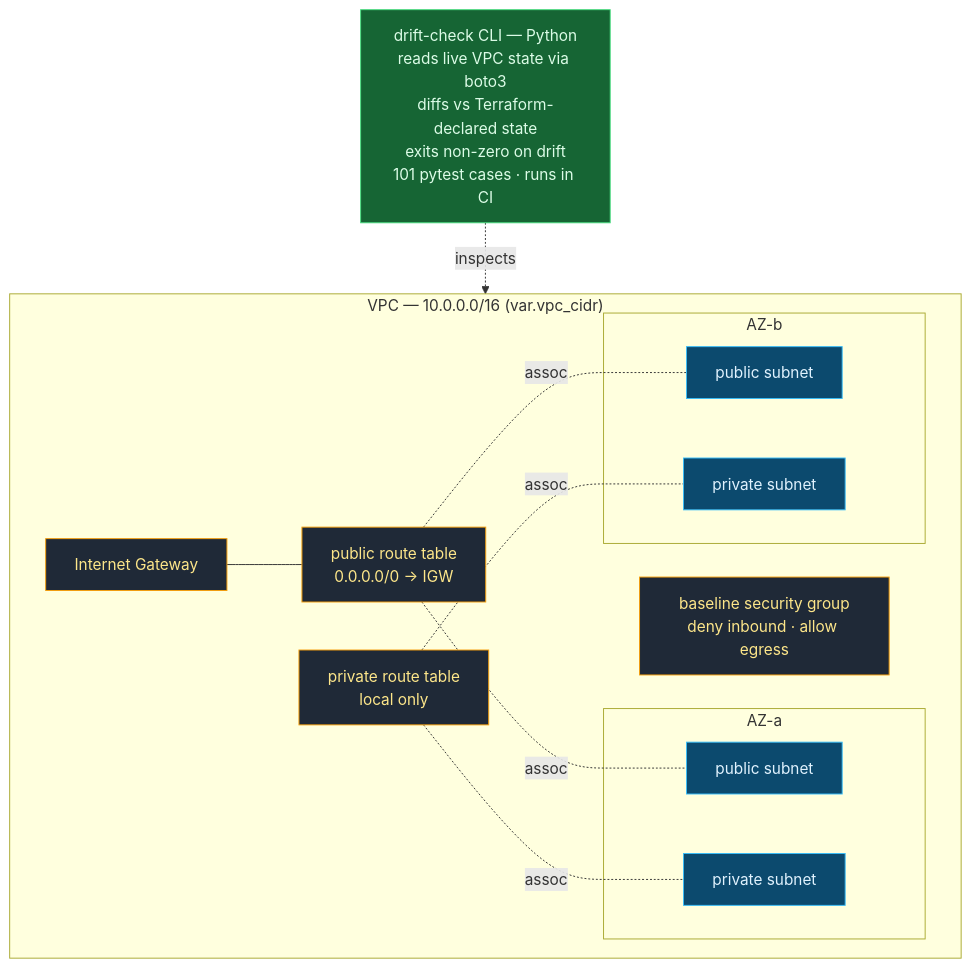
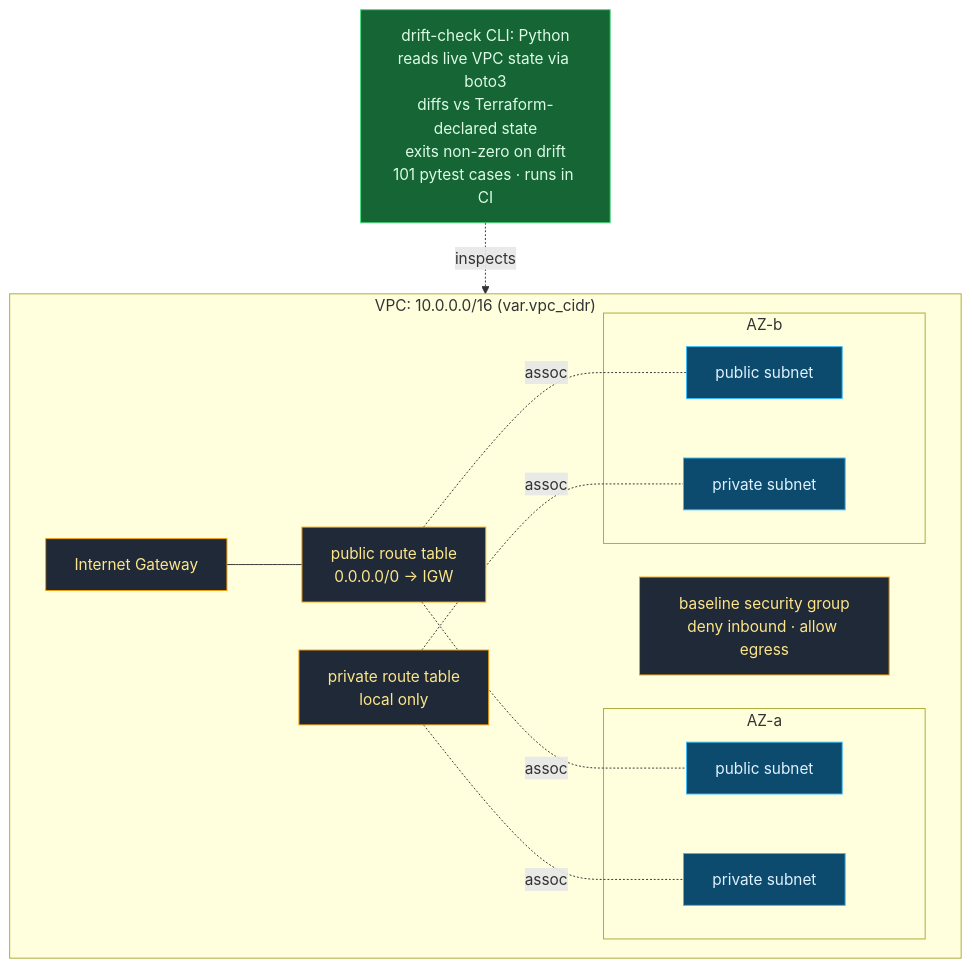
One commit to stayZ3RO/aws-network-automation-lab changed the diagram in diagrams/vpc-module.md. Above: the diagram before and after it, drawn with Mermaid. The commit also changed other lines of this file and 10 other files, not shown here.

````diff
--- a/diagrams/vpc-module.md
+++ b/diagrams/vpc-module.md
@@ -7,33 +7,33 @@
 ```mermaid
 flowchart TB
-    subgraph VPC["VPC — 10.0.0.0/16 (var.vpc_cidr)"]
+    subgraph VPC["VPC: 10.0.0.0/16 (var.vpc_cidr)"]
         IGW["Internet Gateway"]
         subgraph AZA["AZ-a"]
             PUBA["public subnet"]
             PRVA["private subnet"]
         end
         subgraph AZB["AZ-b"]
             PUBB["public subnet"]
             PRVB["private subnet"]
         end
         RTPUB["public route table<br/>0.0.0.0/0 → IGW"]
         RTPRV["private route table<br/>local only"]
         SG["baseline security group<br/>deny inbound · allow egress"]
 
         IGW --- RTPUB
         RTPUB -. assoc .- PUBA
         RTPUB -. assoc .- PUBB
         RTPRV -. assoc .- PRVA
         RTPRV -. assoc .- PRVB
     end
 
-    DRIFT["drift-check CLI — Python<br/>reads live VPC state via boto3<br/>diffs vs Terraform-declared state<br/>exits non-zero on drift<br/>101 pytest cases · runs in CI"]
+    DRIFT["drift-check CLI: Python<br/>reads live VPC state via boto3<br/>diffs vs Terraform-declared state<br/>exits non-zero on drift<br/>101 pytest cases · runs in CI"]
     DRIFT -. inspects .-> VPC
 
     classDef aws fill:#1f2937,stroke:#f59e0b,color:#fde68a
     classDef sub fill:#0c4a6e,stroke:#38bdf8,color:#e0f2fe
     classDef tool fill:#166534,stroke:#4ade80,color:#dcfce7
     class IGW,RTPUB,RTPRV,SG aws
     class PUBA,PUBB,PRVA,PRVB sub
     class DRIFT tool
 ```
````
